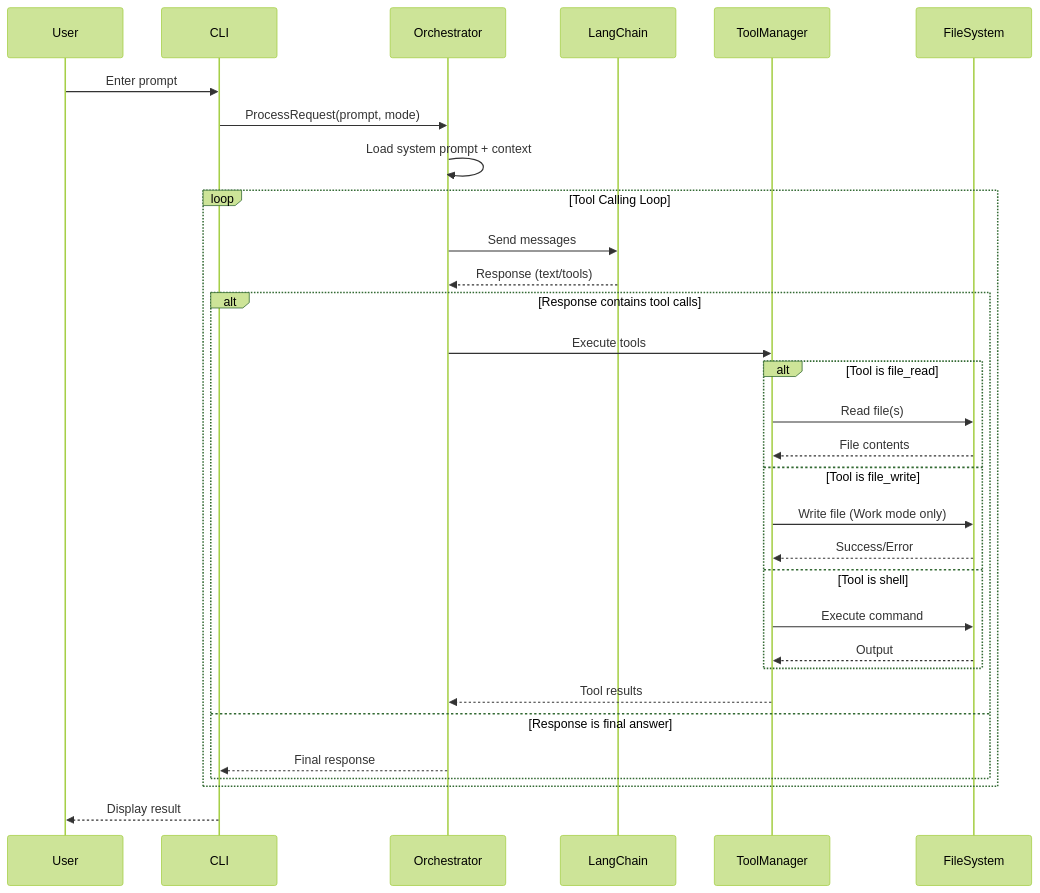
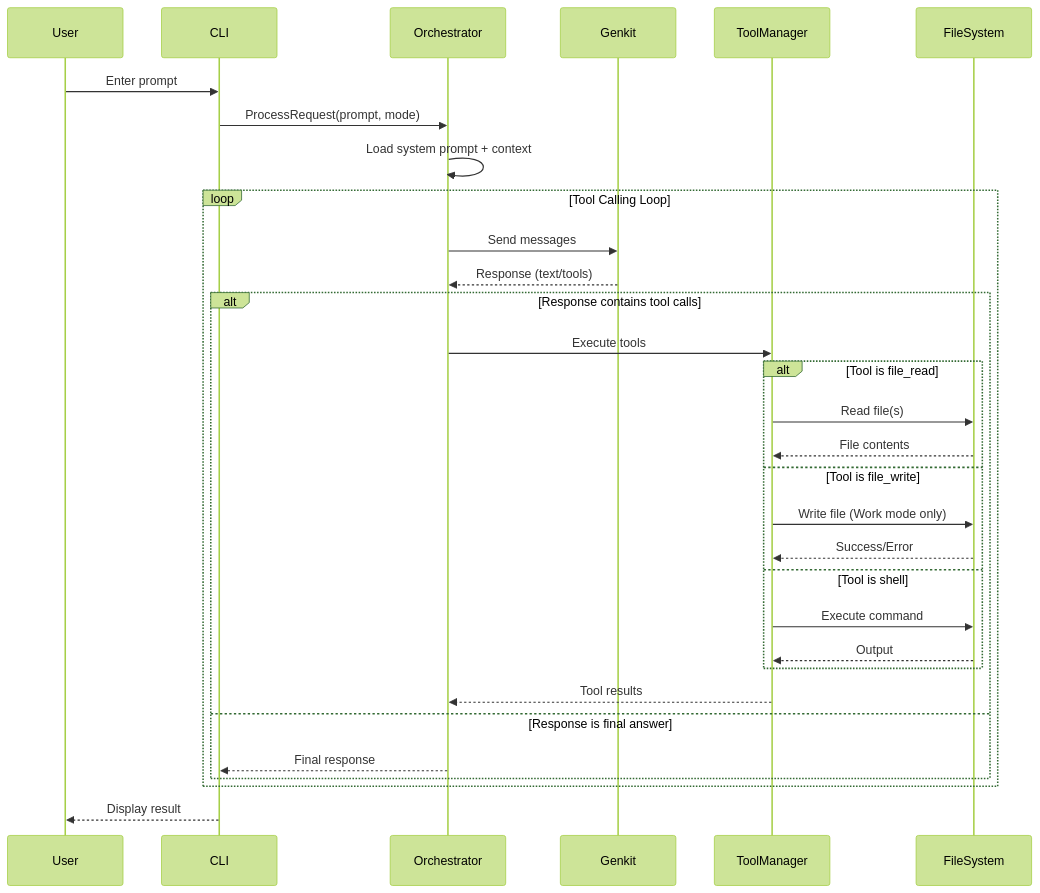
One commit to mochow13/keen-code changed the second of 13 diagrams in .ai-interactions/outputs/phase-1/output-1_rfc.md. Above: the diagram before and after it, drawn with Mermaid (forest theme). The commit also changed other lines of this file and 19 other files, not shown here.

````diff
--- a/.ai-interactions/outputs/phase-1/output-1_rfc.md
+++ b/.ai-interactions/outputs/phase-1/output-1_rfc.md
@@ -83,39 +83,39 @@
 ```mermaid
 sequenceDiagram
     participant User
     participant CLI
     participant Orchestrator
-    participant LangChain
+    participant Genkit
     participant ToolManager
     participant FileSystem
 
     User->>CLI: Enter prompt
     CLI->>Orchestrator: ProcessRequest(prompt, mode)
     Orchestrator->>Orchestrator: Load system prompt + context
     
     loop Tool Calling Loop
-        Orchestrator->>LangChain: Send messages
-        LangChain-->>Orchestrator: Response (text/tools)
+        Orchestrator->>Genkit: Send messages
+        Genkit-->>Orchestrator: Response (text/tools)
         
         alt Response contains tool calls
             Orchestrator->>ToolManager: Execute tools
             
             alt Tool is file_read
                 ToolManager->>FileSystem: Read file(s)
                 FileSystem-->>ToolManager: File contents
             else Tool is file_write
                 ToolManager->>FileSystem: Write file (Work mode only)
                 FileSystem-->>ToolManager: Success/Error
             else Tool is shell
                 ToolManager->>FileSystem: Execute command
                 FileSystem-->>ToolManager: Output
             end
             
             ToolManager-->>Orchestrator: Tool results
         else Response is final answer
             Orchestrator-->>CLI: Final response
         end
     end
     
     CLI-->>User: Display result
 ```
````
